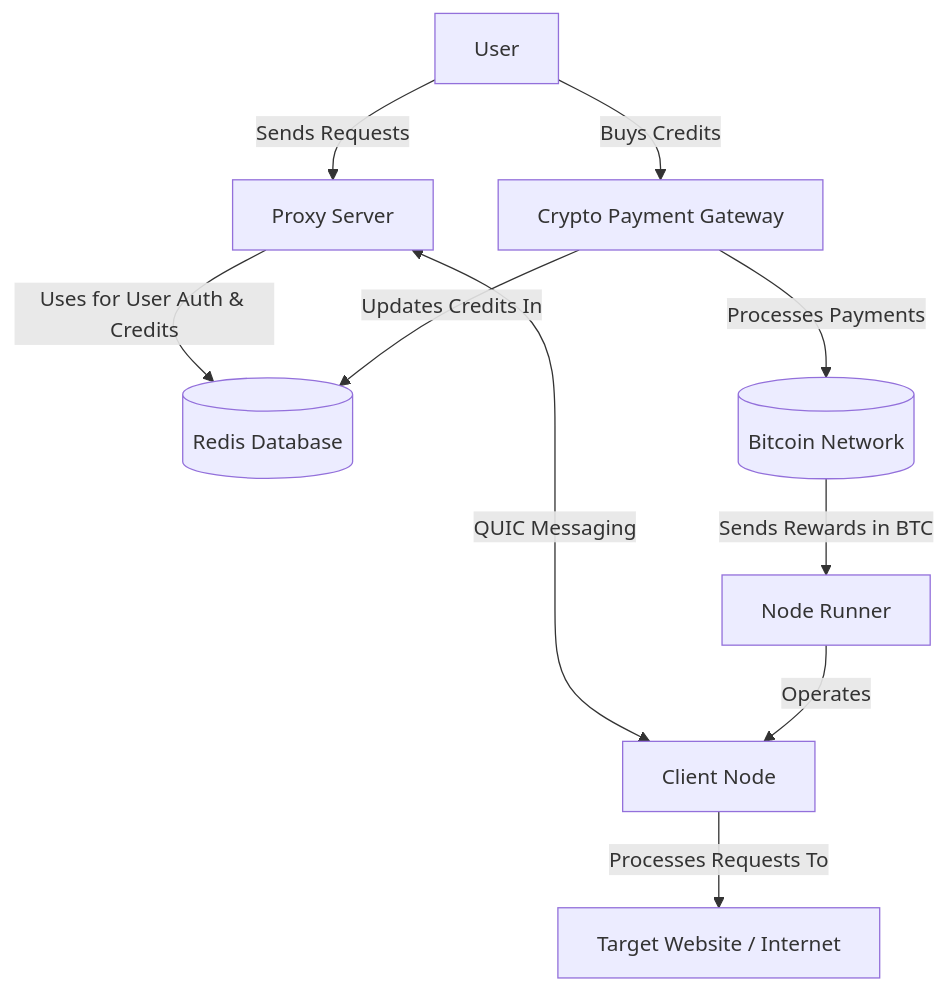
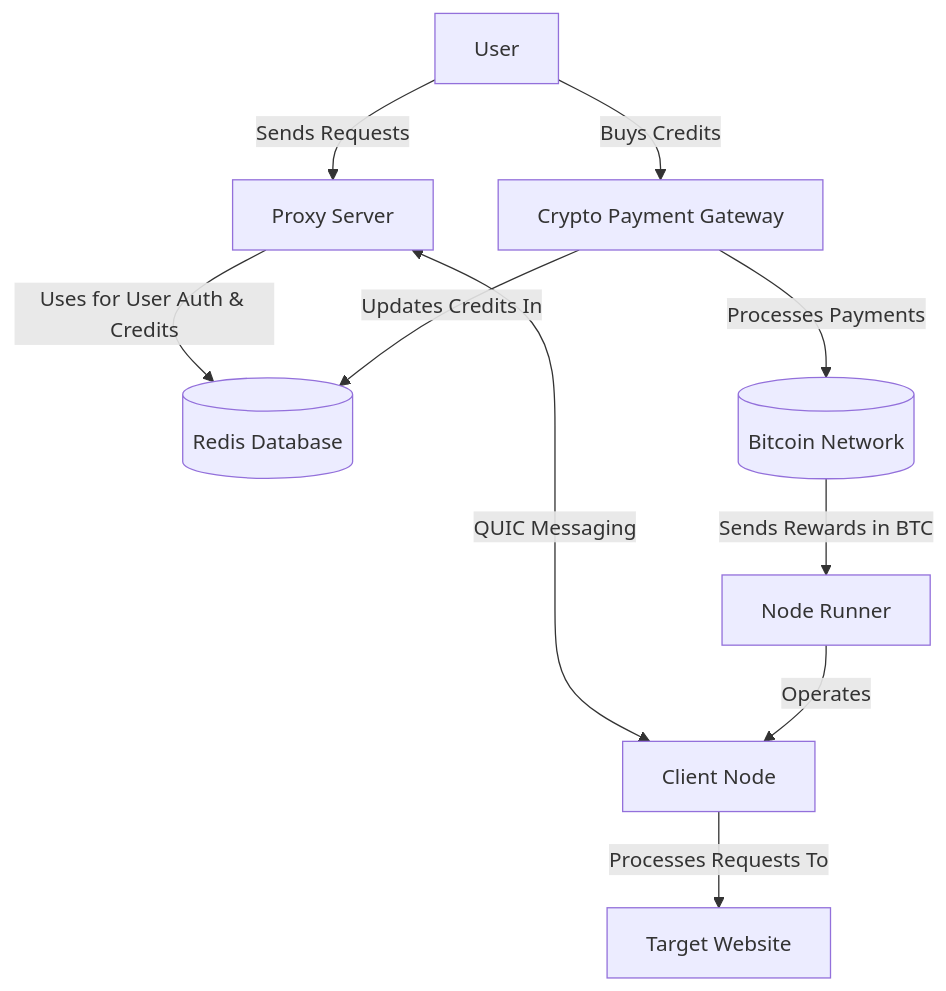
The first of 2 diagrams in README.md (L1shed/Turbo), drawn with Mermaid before and after one commit. The commit also changed other lines of this file, not shown here.

````diff
--- a/README.md
+++ b/README.md
@@ -20,25 +20,25 @@
 ```mermaid
 flowchart TD
     User[User]
     ProxyServer[Proxy Server]
     Redis[(Redis Database)]
     ClientNode[Client Node]
     NodeRunner[Node Runner]
     PaymentGateway[Crypto Payment Gateway]
     BitcoinNetwork[(Bitcoin Network)]
-    TargetWebsite[Target Website / Internet]
+    TargetWebsite[Target Website]
 
     User --> |Sends Requests| ProxyServer
     User --> |Buys Credits| PaymentGateway
 
     ProxyServer --> |Uses for User Auth & Credits| Redis
     ProxyServer <--> |QUIC Messaging| ClientNode
 
     ClientNode --> |Processes Requests To| TargetWebsite
     NodeRunner --> |Operates| ClientNode
 
     PaymentGateway --> |Processes Payments| BitcoinNetwork
     PaymentGateway --> |Updates Credits In| Redis
 
     BitcoinNetwork --> |Sends Rewards in BTC| NodeRunner
 ```
````
